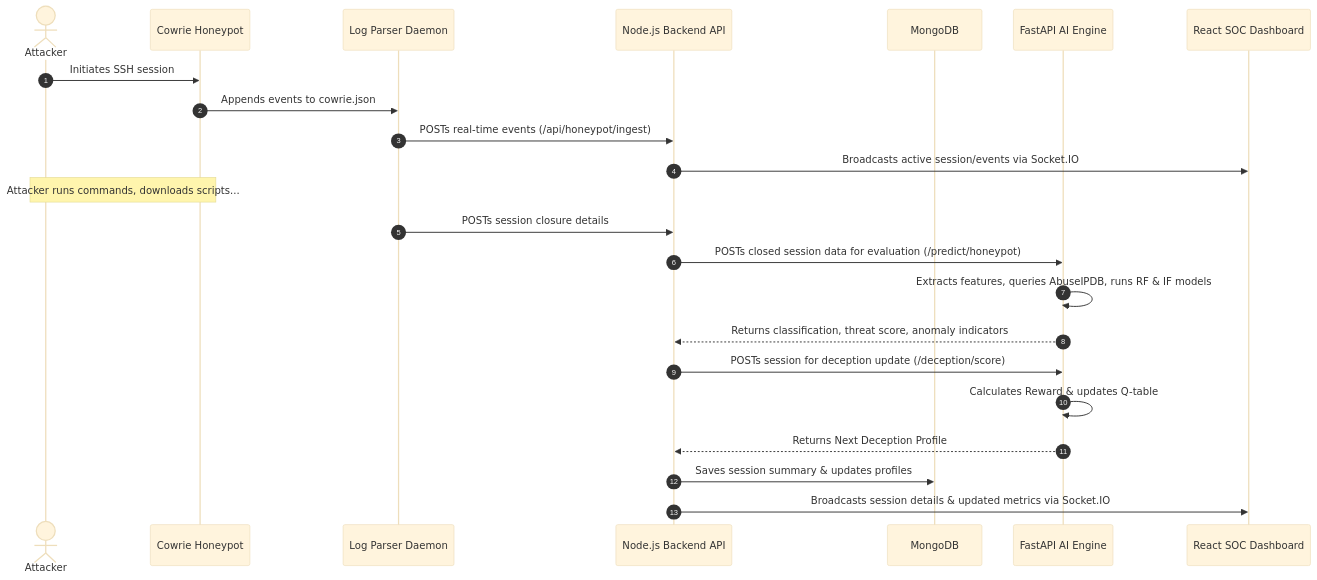
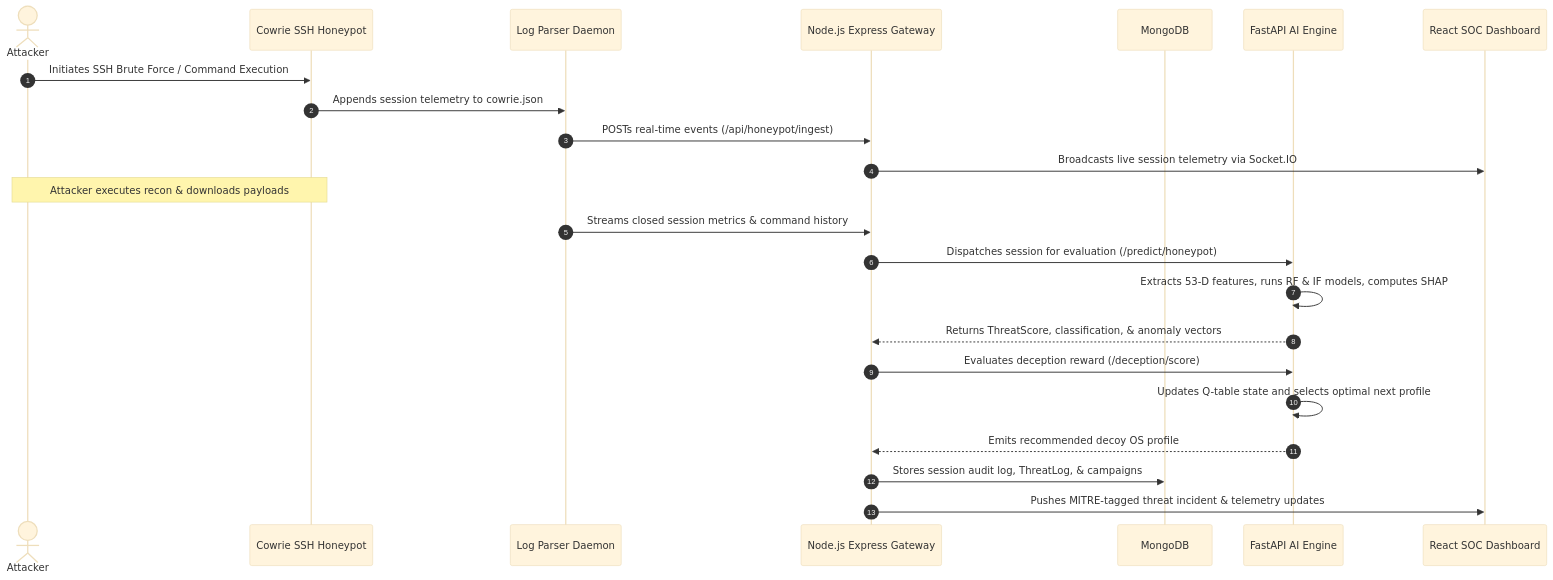
One commit to srisnigdha-08/SentinalAI changed the diagram in README.md. Above: the diagram before and after it, drawn with Mermaid (base theme). The commit also changed other lines of this file and 40 other files, not shown here.

````diff
--- a/README.md
+++ b/README.md
@@ -19,26 +56,26 @@
 ```mermaid
 sequenceDiagram
     autonumber
     actor Attacker
-    participant HP as Cowrie Honeypot
+    participant HP as Cowrie SSH Honeypot
     participant Parser as Log Parser Daemon
-    participant BE as Node.js Backend API
+    participant BE as Node.js Express Gateway
     participant DB as MongoDB
     participant AI as FastAPI AI Engine
     participant UI as React SOC Dashboard
 
-    Attacker->>HP: Initiates SSH session
-    HP->>Parser: Appends events to cowrie.json
+    Attacker->>HP: Initiates SSH Brute Force / Command Execution
+    HP->>Parser: Appends session telemetry to cowrie.json
     Parser->>BE: POSTs real-time events (/api/honeypot/ingest)
-    BE->>UI: Broadcasts active session/events via Socket.IO
-    Note over Attacker, HP: Attacker runs commands, downloads scripts...
-    Parser->>BE: POSTs session closure details
-    BE->>AI: POSTs closed session data for evaluation (/predict/honeypot)
-    AI->>AI: Extracts features, queries AbuseIPDB, runs RF & IF models
-    AI-->>BE: Returns classification, threat score, anomaly indicators
-    BE->>AI: POSTs session for deception update (/deception/score)
-    AI->>AI: Calculates Reward & updates Q-table
-    AI-->>BE: Returns Next Deception Profile
-    BE->>DB: Saves session summary & updates profiles
-    BE->>UI: Broadcasts session details & updated metrics via Socket.IO
+    BE->>UI: Broadcasts live session telemetry via Socket.IO
+    Note over Attacker, HP: Attacker executes recon & downloads payloads
+    Parser->>BE: Streams closed session metrics & command history
+    BE->>AI: Dispatches session for evaluation (/predict/honeypot)
+    AI->>AI: Extracts 53-D features, runs RF & IF models, computes SHAP
+    AI-->>BE: Returns ThreatScore, classification, & anomaly vectors
+    BE->>AI: Evaluates deception reward (/deception/score)
+    AI->>AI: Updates Q-table state and selects optimal next profile
+    AI-->>BE: Emits recommended decoy OS profile
+    BE->>DB: Stores session audit log, ThreatLog, & campaigns
+    BE->>UI: Pushes MITRE-tagged threat incident & telemetry updates
 ```
````
